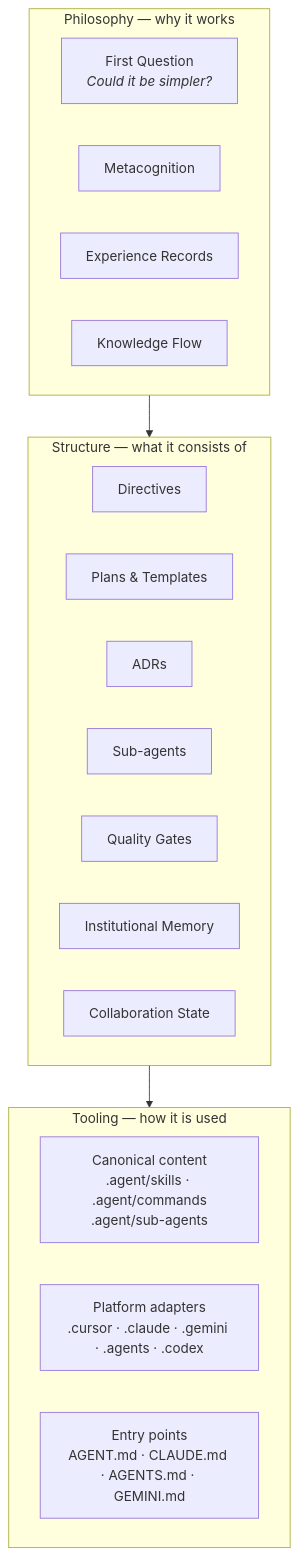
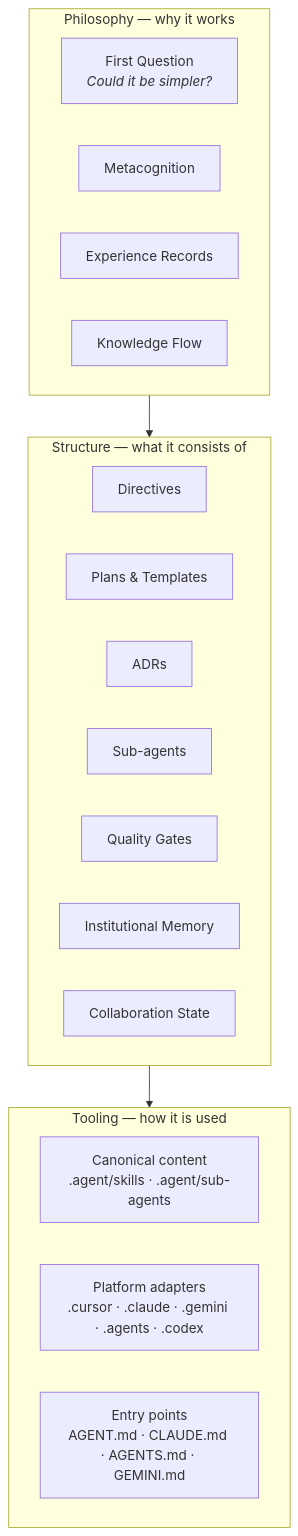
One commit to oaknational/oak-open-curriculum-ecosystem changed the first of 3 diagrams in .agent/practice-core/practice.md. Above: the diagram before and after it, drawn with Mermaid. The commit also changed 7 other files, not shown here.

````diff
--- a/.agent/practice-core/practice.md
+++ b/.agent/practice-core/practice.md
@@ -32,27 +32,27 @@
 ```mermaid
 graph TB
     subgraph Philosophy ["Philosophy — why it works"]
         FQ["First Question<br/><i>Could it be simpler?</i>"]
         MC[Metacognition]
         EX[Experience Records]
         KF[Knowledge Flow]
     end
 
     subgraph Structure ["Structure — what it consists of"]
         DIR[Directives]
         PLANS[Plans & Templates]
         ADR[ADRs]
         SA[Sub-agents]
         QG[Quality Gates]
         MEM[Institutional Memory]
         STATE[Collaboration State]
     end
 
     subgraph Tooling ["Tooling — how it is used"]
-        CANON["Canonical content<br/>.agent/skills · .agent/commands<br/>.agent/sub-agents"]
+        CANON["Canonical content<br/>.agent/skills · .agent/sub-agents"]
         ADAPT["Platform adapters<br/>.cursor · .claude · .gemini · .agents · .codex"]
         ENTRY["Entry points<br/>AGENT.md · CLAUDE.md · AGENTS.md · GEMINI.md"]
     end
 
     Philosophy --> Structure --> Tooling
 ```
````
